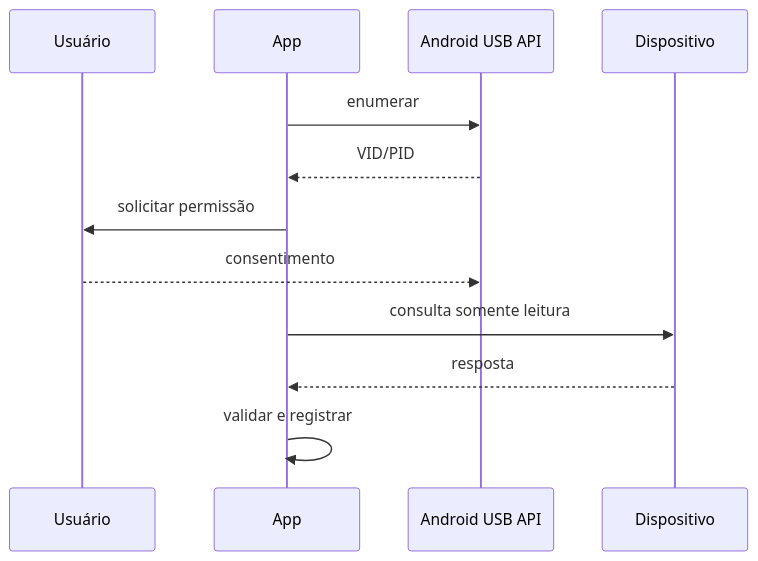
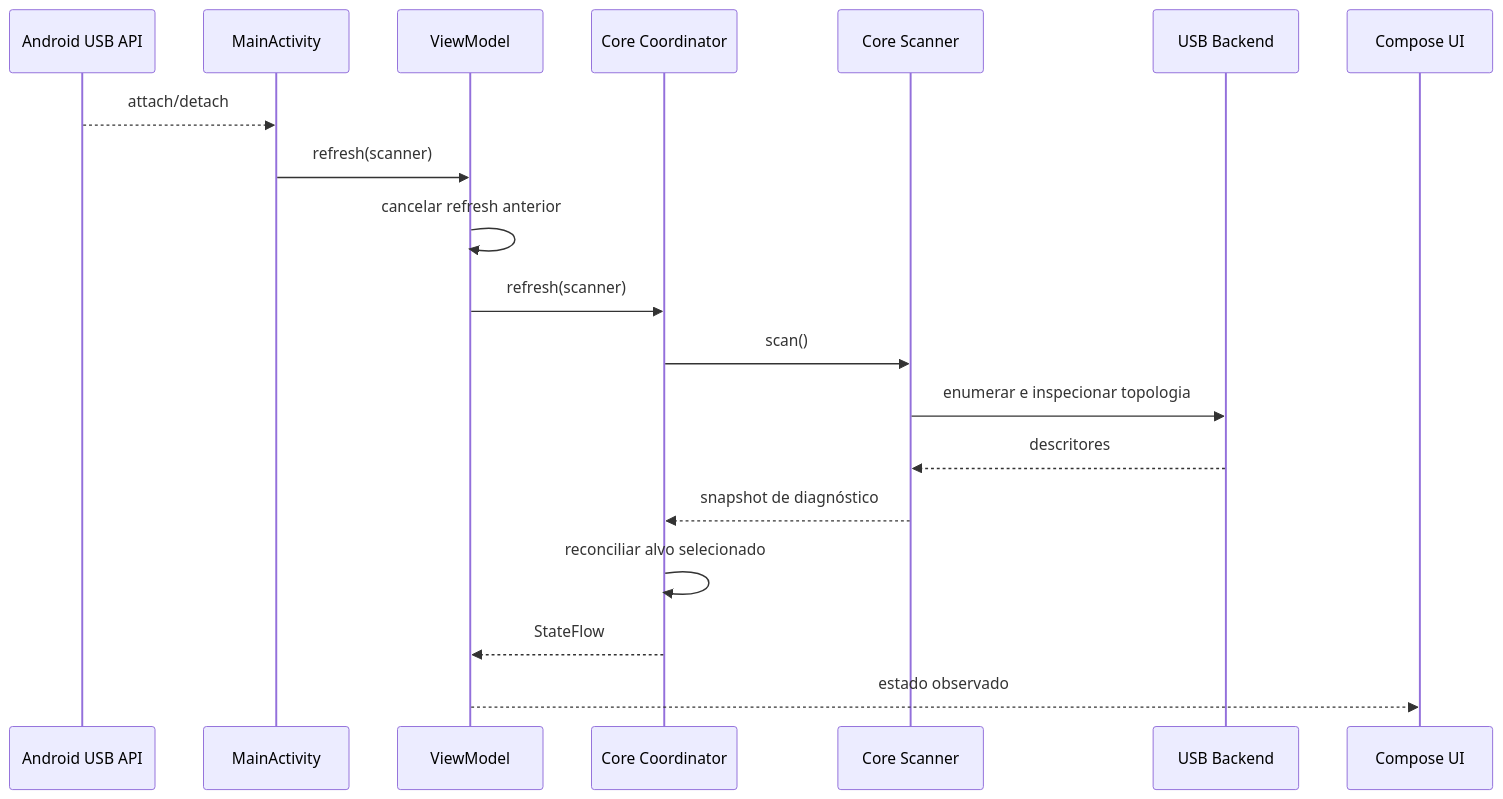
Before and after one commit to itayson/Rockservice-mobile: the second of 5 diagrams in docs/ARCHITECTURE.md, drawn with Mermaid. The commit also changed other lines of this file, not shown here.

Commit message:
docs: document core USB diagnostics coordination

````diff
--- a/docs/ARCHITECTURE.md
+++ b/docs/ARCHITECTURE.md
@@ -37,14 +52,22 @@
 ```mermaid
 sequenceDiagram
-  participant U as Usuário
-  participant A as App
   participant O as Android USB API
-  participant D as Dispositivo
-  A->>O: enumerar
-  O-->>A: VID/PID
-  A->>U: solicitar permissão
-  U-->>O: consentimento
-  A->>D: consulta somente leitura
-  D-->>A: resposta
-  A->>A: validar e registrar
+  participant A as MainActivity
+  participant VM as ViewModel
+  participant C as Core Coordinator
+  participant S as Core Scanner
+  participant B as USB Backend
+  participant UI as Compose UI
+
+  O-->>A: attach/detach
+  A->>VM: refresh(scanner)
+  VM->>VM: cancelar refresh anterior
+  VM->>C: refresh(scanner)
+  C->>S: scan()
+  S->>B: enumerar e inspecionar topologia
+  B-->>S: descritores
+  S-->>C: snapshot de diagnóstico
+  C->>C: reconciliar alvo selecionado
+  C-->>VM: StateFlow
+  VM-->>UI: estado observado
 ```
````
